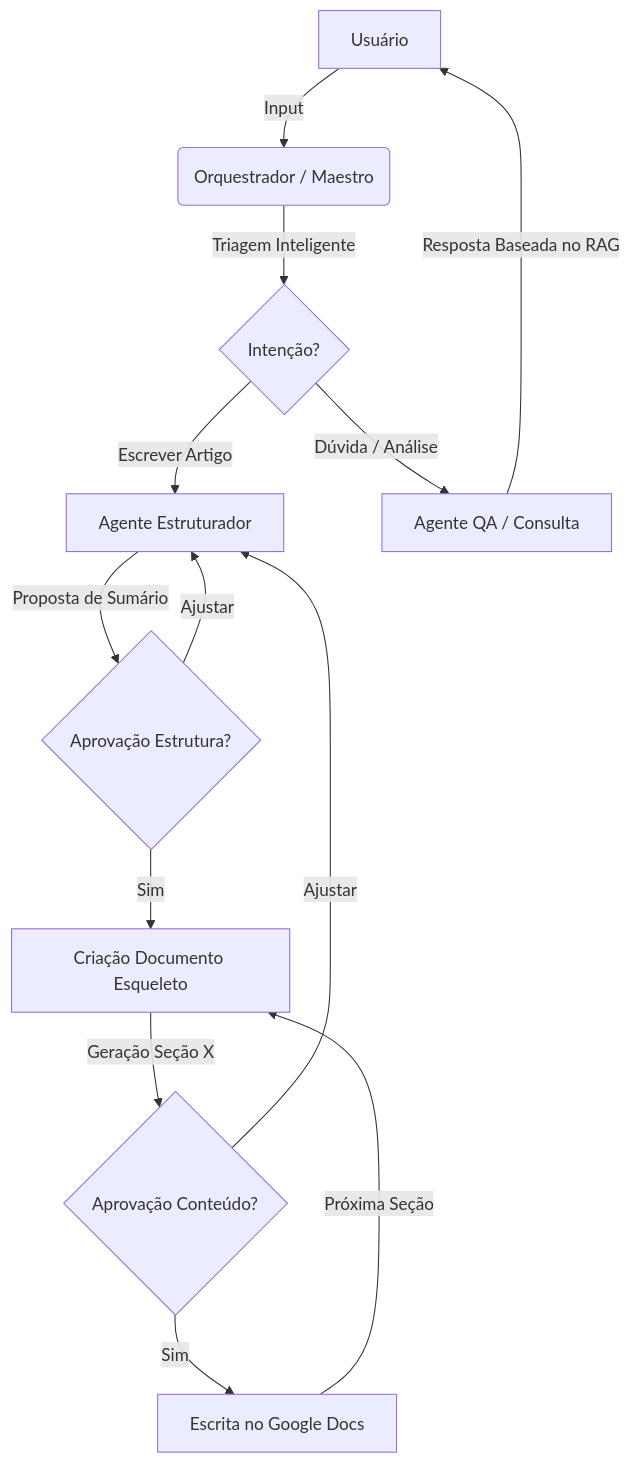
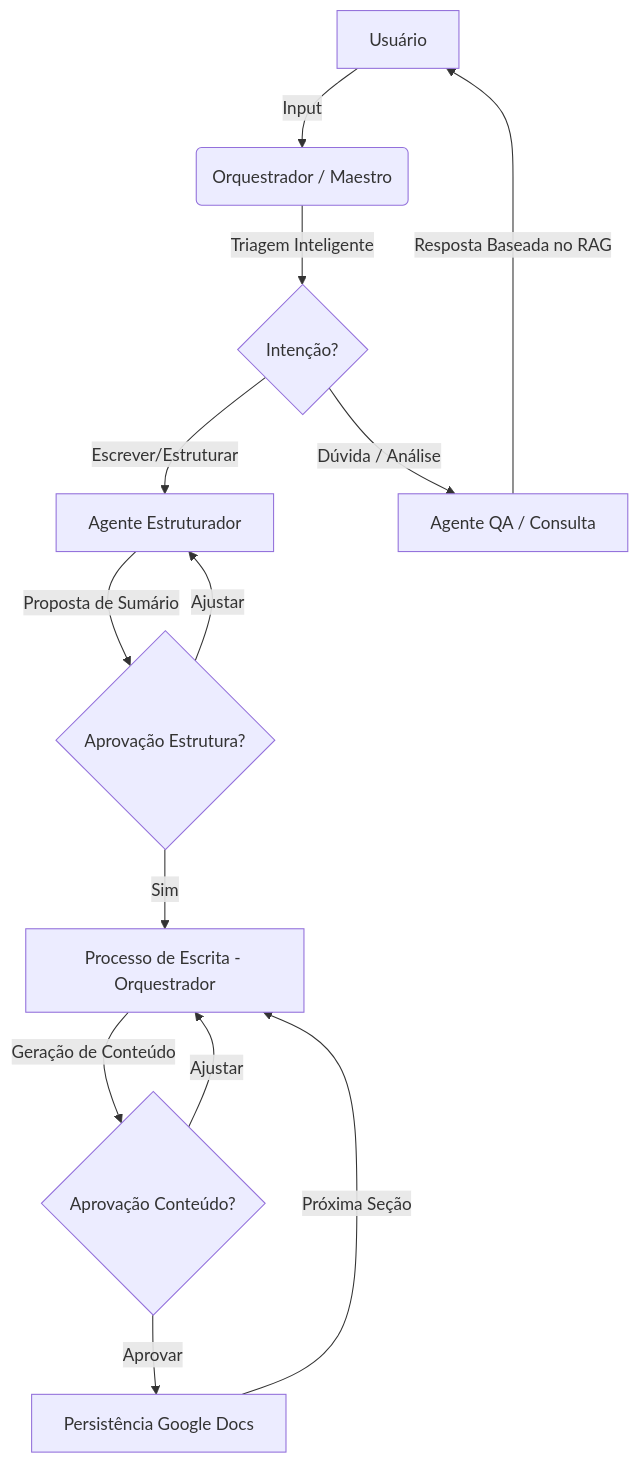
The diagram in README.md (rodrigoassis1996/oraculo-academico), drawn with Mermaid before and after one commit. The commit also changed other lines of this file, not shown here.

Commit message:
docs: refinar diagrama mermaid e responsabilidades dos agentes

````diff
--- a/README.md
+++ b/README.md
@@ -26,20 +26,21 @@
 ```mermaid
 graph TD
     A[Usuário] -->|Input| B(Orquestrador / Maestro)
     B -->|Triagem Inteligente| C{Intenção?}
     
-    C -->|Escrever Artigo| D[Agente Estruturador]
+    C -->|Escrever/Estruturar| D[Agente Estruturador]
     C -->|Dúvida / Análise| E[Agente QA / Consulta]
     
     D -->|Proposta de Sumário| F{Aprovação Estrutura?}
-    F -->|Sim| G[Criação Documento Esqueleto]
     F -->|Ajustar| D
     
-    G -->|Geração Seção X| H{Aprovação Conteúdo?}
-    H -->|Sim| I[Escrita no Google Docs]
-    H -->|Ajustar| D
+    F -->|Sim| G[Processo de Escrita - Orquestrador]
+    G -->|Geração de Conteúdo| H{Aprovação Conteúdo?}
+    
+    H -->|Aprovar| I[Persistência Google Docs]
+    H -->|Ajustar| G
     
     I -->|Próxima Seção| G
     
     E -->|Resposta Baseada no RAG| A
 ```
````
